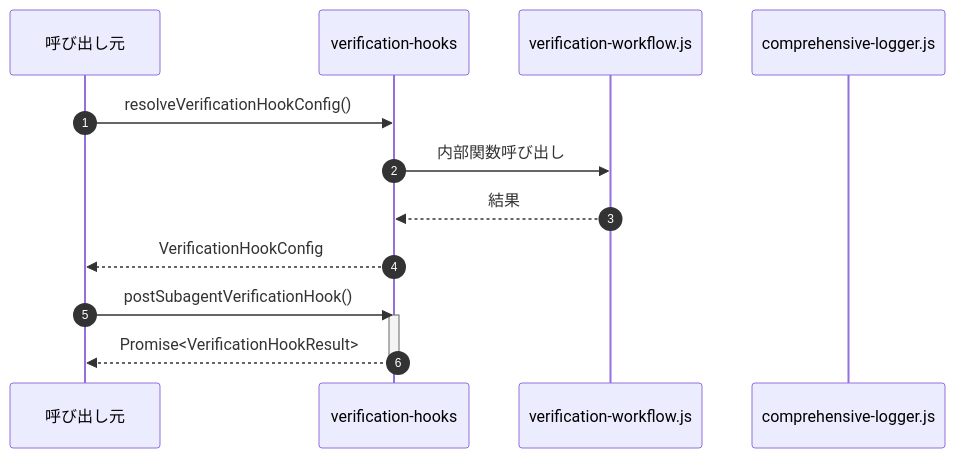
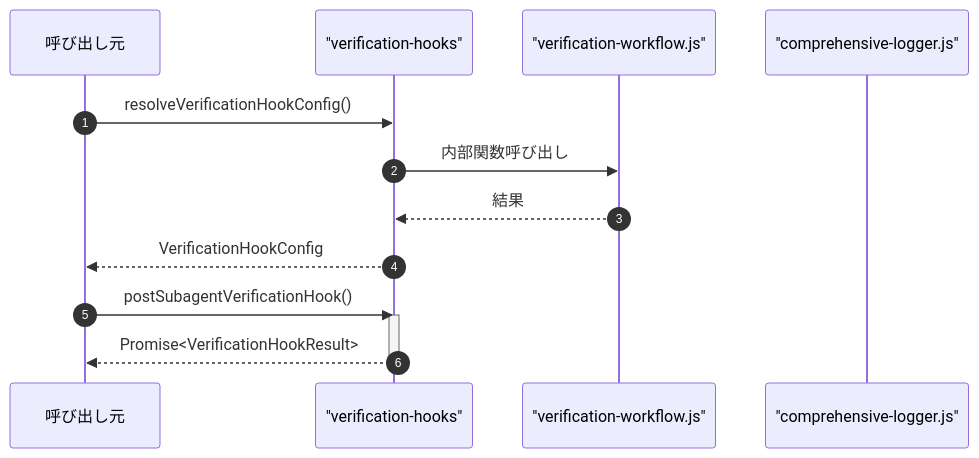
One commit to Mekann2904/mekann changed the fourth of 4 diagrams in ABDD/.pi/extensions/shared/verification-hooks.md. Above: the diagram before and after it, drawn with Mermaid. The commit also changed other lines of this file and 152 other files, not shown here.

First line of the commit message:
fix: Mermaid図のラベル内の特殊文字をエスケープする

````diff
--- a/ABDD/.pi/extensions/shared/verification-hooks.md
+++ b/ABDD/.pi/extensions/shared/verification-hooks.md
@@ -89,18 +89,18 @@
 ```mermaid
 sequenceDiagram
   autonumber
   participant Caller as 呼び出し元
-  participant verification_hooks as verification-hooks
-  participant verification_workflow_js as verification-workflow.js
-  participant comprehensive_logger_js as comprehensive-logger.js
+  participant verification_hooks as "verification-hooks"
+  participant verification_workflow_js as "verification-workflow.js"
+  participant comprehensive_logger_js as "comprehensive-logger.js"
 
   Caller->>verification_hooks: resolveVerificationHookConfig()
   verification_hooks->>verification_workflow_js: 内部関数呼び出し
   verification_workflow_js-->>verification_hooks: 結果
   verification_hooks-->>Caller: VerificationHookConfig
 
   Caller->>verification_hooks: postSubagentVerificationHook()
   activate verification_hooks
   verification_hooks-->>Caller: Promise<VerificationHookResult>
   deactivate verification_hooks
 ```
````
